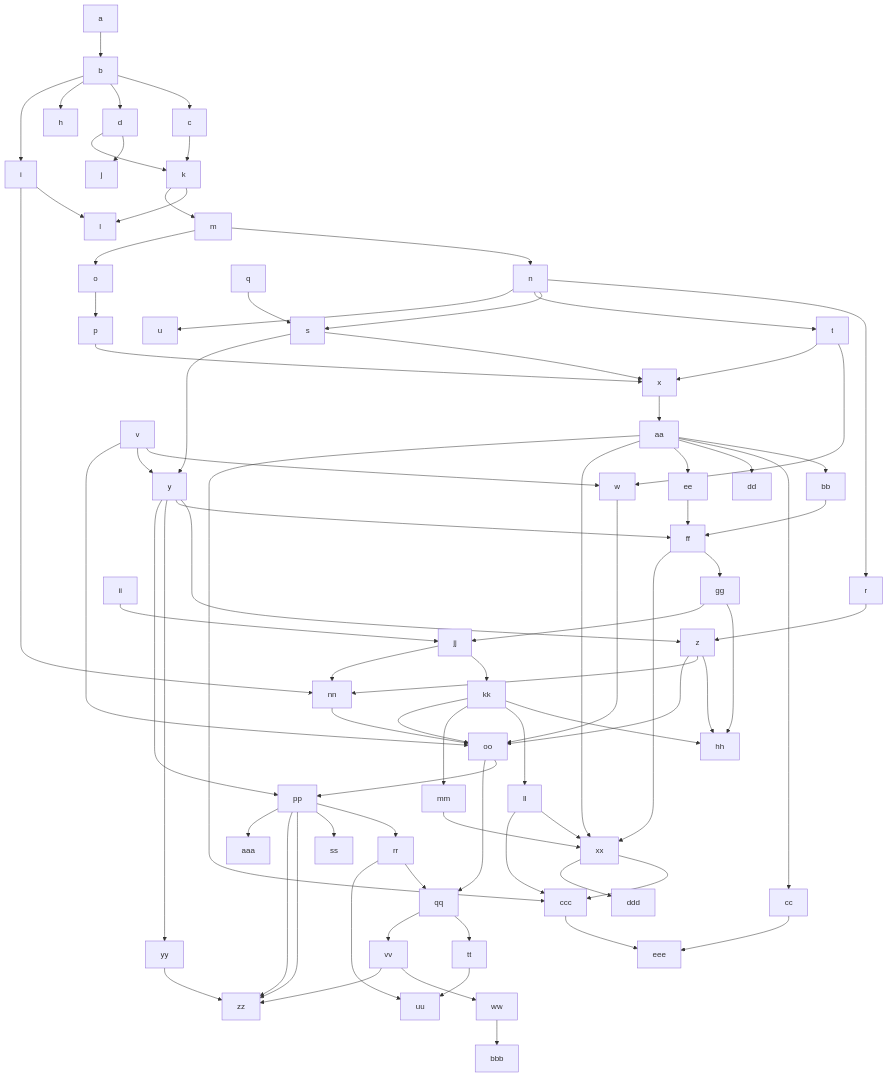
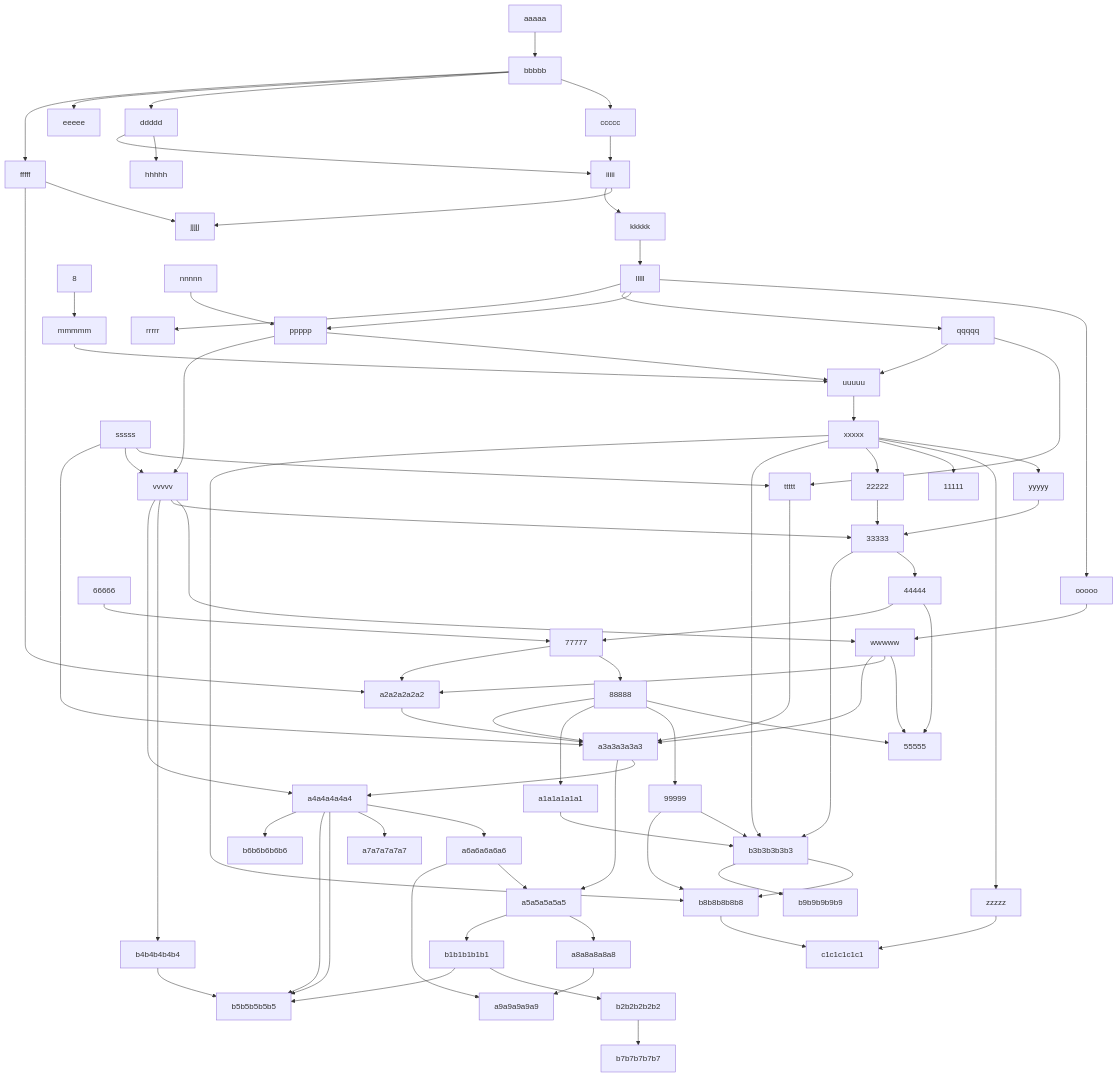
Before and after one commit to bendqh1/misc: the diagram in ben_aharoni_____example_chart.mermaid, drawn with Mermaid.

```diff
--- a/ben_aharoni_____example_chart.mermaid
+++ b/ben_aharoni_____example_chart.mermaid
@@ -1,45 +1,45 @@
 flowchart TD
-    1[a]
-    1 --> 2[b]
-    2 --> A1[c] 
-    2 --> A2[d]
-    2 --> A3[h]
-    2 --> A4[i]
-    A2 --> A[j]
-    A1 & A2 --> 5[k]
-    5 & A4 --> A5[l]
-    5 --> 6[m]
-    6 --> 7[n] & 8[o]
-    8 --> 9[p]
-    X[q] --> 11
-    7 --> 10[r] & 11[s] & 12[t] & 14[u]
-    XX[v]
-    12 & XX --> B[w]
-    11 & 12 & 9 --> 13[x]
-    11 & XX --> 15[y]
-    10 & 15 --> 16[z]
-    13 --> 17[aa]
-    17 --> 18[bb] & 19[cc] & 20[dd] & 21[ee]
-    15 & 18 & 21 --> C1[ff]
-    C1 --> C2[gg]
-    C2 & 16 --> C2_1[hh]
-    XXX[ii] & C2 --> C3[jj]
-    C3 --> C4[kk]
+    1[aaaaa]
+    1 --> 2[bbbbb]
+    2 --> A1[ccccc] 
+    2 --> A2[ddddd]
+    2 --> A3[eeeee]
+    2 --> A4[fffff]
+    A2 --> A[hhhhh]
+    A1 & A2 --> 5[iiiii]
+    5 & A4 --> A5[jjjjj]
+    5 --> 6[kkkkk]
+    6 --> 7[lllll]
+    8 --> 9[mmmmm]
+    X[nnnnn] --> 11
+    7 --> 10[ooooo] & 11[ppppp] & 12[qqqqq] & 14[rrrrr]
+    XX[sssss]
+    12 & XX --> B[ttttt]
+    11 & 12 & 9 --> 13[uuuuu]
+    11 & XX --> 15[vvvvv]
+    10 & 15 --> 16[wwwww]
+    13 --> 17[xxxxx]
+    17 --> 18[yyyyy] & 19[zzzzz] & 20[11111] & 21[22222]
+    15 & 18 & 21 --> C1[33333]
+    C1 --> C2[44444]
+    C2 & 16 --> C2_1[55555]
+    XXX[66666] & C2 --> C3[77777]
+    C3 --> C4[88888]
     C4 --> C2_1
-    C4 ---> C5[ll] & C6[mm]
-    A4 & 16 & C3 --> XXXX[nn]
-    B & XX & XXXX & 16 & C4 --> I1[oo]
-    I1 --> I2[pp] & I3[qq]
-    I2 --> I2_2[rr]
-    I2 --> I2_1[ss]
+    C4 ---> C5[99999] & C6[a1a1a1a1a1]
+    A4 & 16 & C3 --> XXXX[a2a2a2a2a2]
+    B & XX & XXXX & 16 & C4 --> I1[a3a3a3a3a3]
+    I1 --> I2[a4a4a4a4a4] & I3[a5a5a5a5a5]
+    I2 --> I2_2[a6a6a6a6a6]
+    I2 --> I2_1[a7a7a7a7a7]
     I2_2 --> I3 & I5
-    I3 --> I4[tt] --> I5[uu]
-    I3 --> I6[vv] --> I7[ww]
-    17 & C1 & C5 & C6 --> C7[xx]
-    15 --> ZZ[yy] & I2 --> I8
-    I2 & I6 --> I8[zz]
-    I2 --> I9[aaa]
-    I7 --> E[bbb]
-    17 & C5 & C7 --> C8[ccc]
-    C7 --> C9[ddd]
-    C8 & 19 --> R1[eee]
+    I3 --> I4[a8a8a8a8a8] --> I5[a9a9a9a9a9]
+    I3 --> I6[b1b1b1b1b1] --> I7[b2b2b2b2b2]
+    17 & C1 & C5 & C6 --> C7[b3b3b3b3b3]
+    15 --> ZZ[b4b4b4b4b4] & I2 --> I8
+    I2 & I6 --> I8[b5b5b5b5b5]
+    I2 --> I9[b6b6b6b6b6]
+    I7 --> E[b7b7b7b7b7]
+    17 & C5 & C7 --> C8[b8b8b8b8b8]
+    C7 --> C9[b9b9b9b9b9]
+    C8 & 19 --> R1[c1c1c1c1c1]
```
